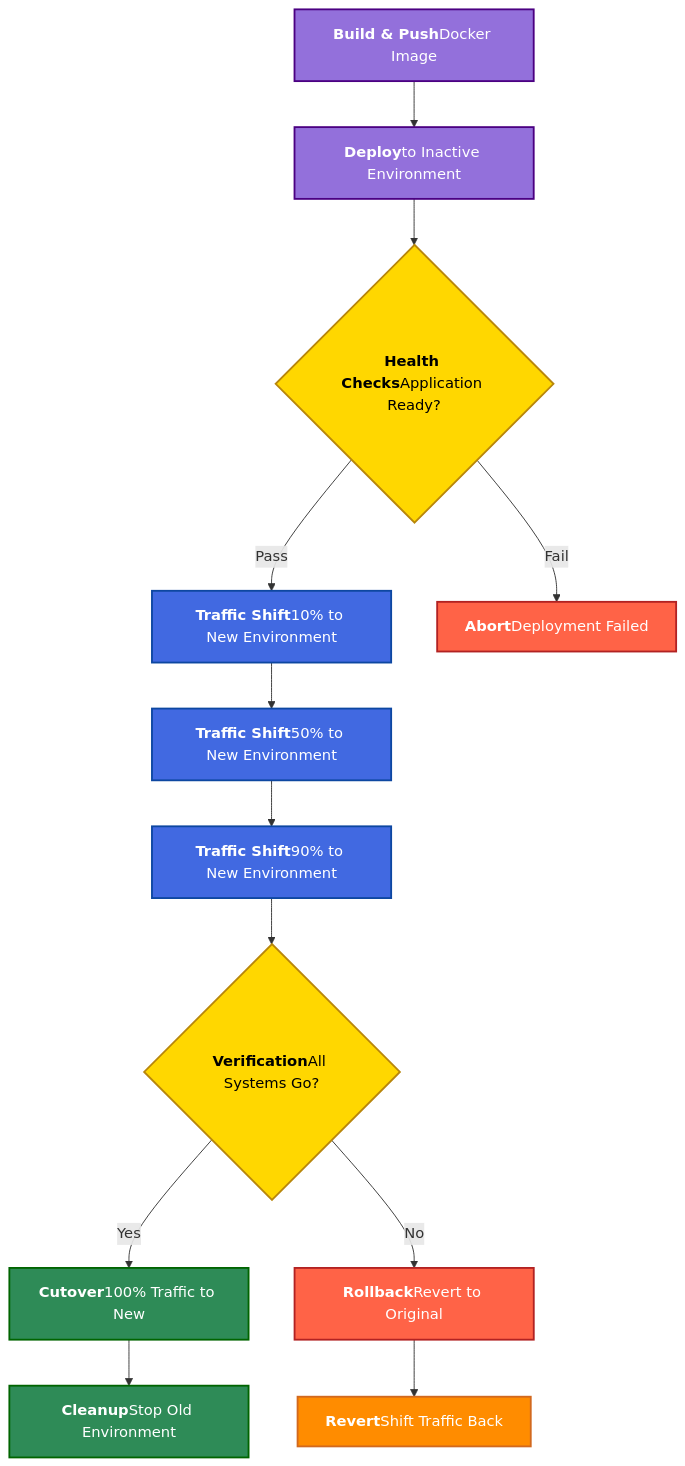
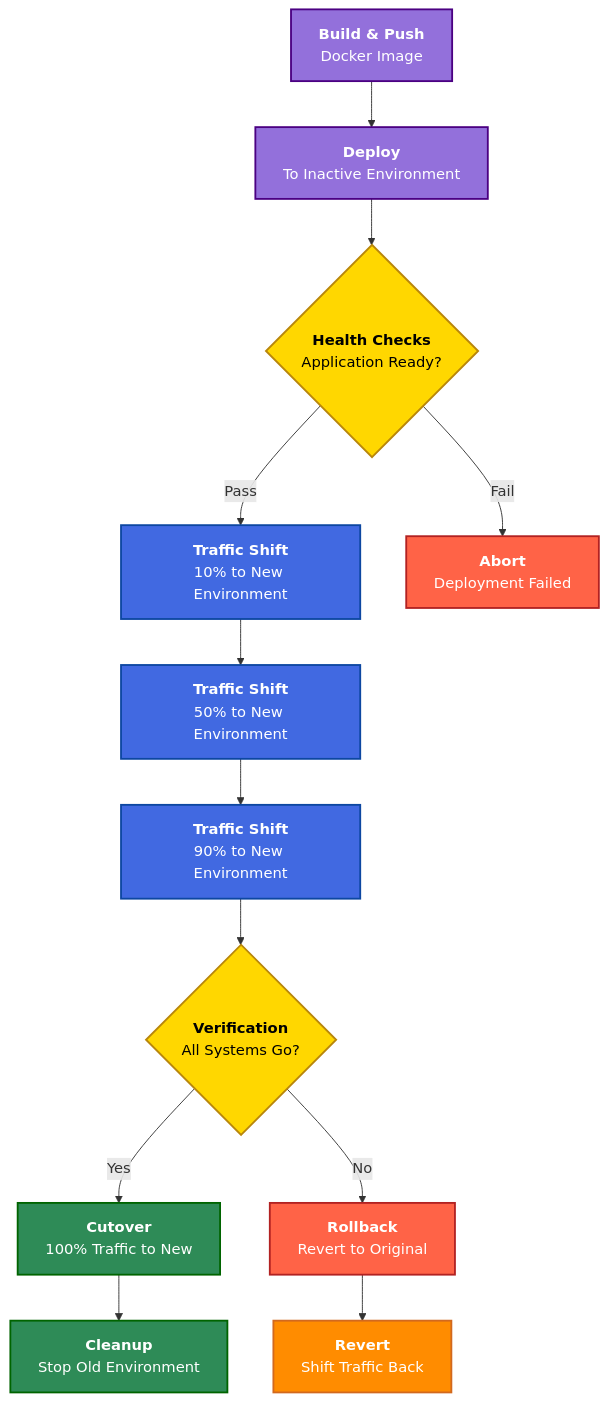
One commit to elijahmont3x/blue-green-deploy changed the second of 2 diagrams in README.md. Above: the diagram before and after it, drawn with Mermaid.

````diff
--- a/README.md
+++ b/README.md
@@ -135,31 +135,31 @@
 ```mermaid
 flowchart TD
     %% Styling and layout
     classDef primary fill:#4169E1,stroke:#0D47A1,color:white,stroke-width:2px
     classDef secondary fill:#FF6347,stroke:#B22222,color:white,stroke-width:2px
     classDef success fill:#2E8B57,stroke:#006400,color:white,stroke-width:2px
     classDef warning fill:#FF8C00,stroke:#D2691E,color:white,stroke-width:2px
     classDef process fill:#9370DB,stroke:#4B0082,color:white,stroke-width:2px
     classDef decision fill:#FFD700,stroke:#B8860B,color:black,stroke-width:2px
     
     %% Nodes
-    A["`**Build & Push**Docker Image`"] --> B["`**Deploy**to Inactive Environment`"]
-    B --> C{"`**Health Checks**Application Ready?`"}
-    C -->|Pass| D["`**Traffic Shift**10% to New Environment`"]
-    C -->|Fail| E["`**Abort**Deployment Failed`"]
-    D --> F["`**Traffic Shift**50% to New Environment`"]
-    F --> G["`**Traffic Shift**90% to New Environment`"]
-    G --> H{"`**Verification**All Systems Go?`"}
-    H -->|Yes| I["`**Cutover**100% Traffic to New`"]
-    H -->|No| J["`**Rollback**Revert to Original`"]
-    I --> K["`**Cleanup**Stop Old Environment`"]
-    J --> L["`**Revert**Shift Traffic Back`"]
+    A["`**Build & Push**<br>Docker Image`"] --> B["`**Deploy**<br>To Inactive Environment`"]
+    B --> C{"`**Health Checks**<br>Application Ready?`"}
+    C -->|Pass| D["`**Traffic Shift**<br>10% to New Environment`"]
+    C -->|Fail| E["`**Abort**<br>Deployment Failed`"]
+    D --> F["`**Traffic Shift**<br>50% to New Environment`"]
+    F --> G["`**Traffic Shift**<br>90% to New Environment`"]
+    G --> H{"`**Verification**<br>All Systems Go?`"}
+    H -->|Yes| I["`**Cutover**<br>100% Traffic to New`"]
+    H -->|No| J["`**Rollback**<br>Revert to Original`"]
+    I --> K["`**Cleanup**<br>Stop Old Environment`"]
+    J --> L["`**Revert**<br>Shift Traffic Back`"]
     
     %% Apply classes
     class A,B process
     class C,H decision
     class D,F,G primary
     class E,J secondary
     class I,K success
     class L warning
 ```
````
